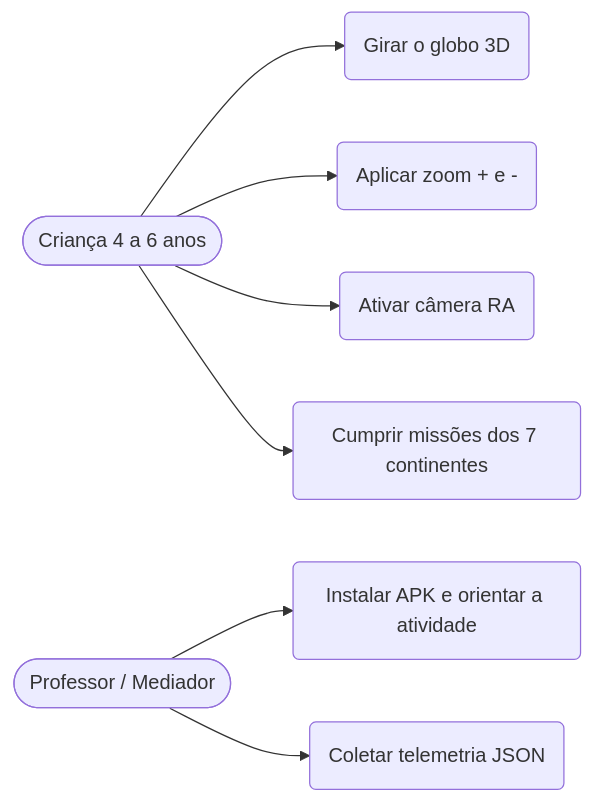
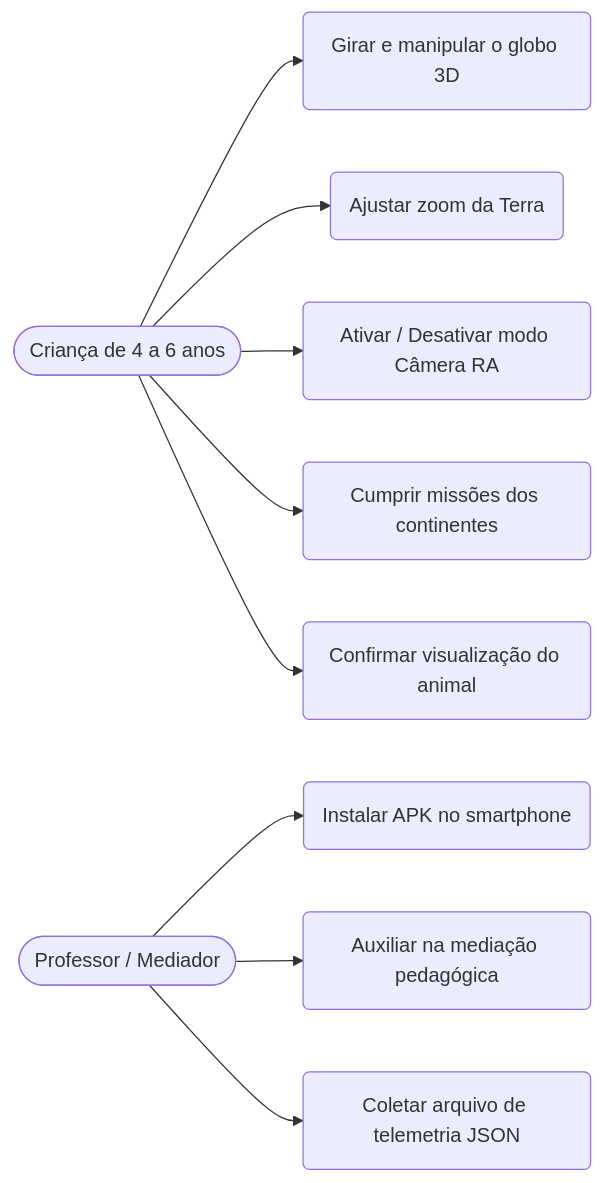
Before and after one commit to DJmesh/Ar-Lab-Unity: the fourth of 4 diagrams in README.md, drawn with Mermaid. The commit also changed other lines of this file, not shown here.

Commit message:
docs: align README with exact 33-section structure from professor template

````diff
--- a/README.md
+++ b/README.md
@@ -449,11 +428,15 @@
 ```mermaid
 flowchart LR
-    Crianca([Criança 4 a 6 anos])
-    Mediador([Professor / Mediador])
-    Crianca --> UC1(Girar o globo 3D)
-    Crianca --> UC2(Aplicar zoom + e -)
-    Crianca --> UC3(Ativar câmera RA)
-    Crianca --> UC4(Cumprir missões dos 7 continentes)
-    Mediador --> UC5(Instalar APK e orientar a atividade)
-    Mediador --> UC6(Coletar telemetria JSON)
+    C([Criança de 4 a 6 anos])
+    M([Professor / Mediador])
+
+    C --> UC1(Girar e manipular o globo 3D)
+    C --> UC2(Ajustar zoom da Terra)
+    C --> UC3(Ativar / Desativar modo Câmera RA)
+    C --> UC4(Cumprir missões dos continentes)
+    C --> UC5(Confirmar visualização do animal)
+
+    M --> UC6(Instalar APK no smartphone)
+    M --> UC7(Auxiliar na mediação pedagógica)
+    M --> UC8(Coletar arquivo de telemetria JSON)
 ```
````
